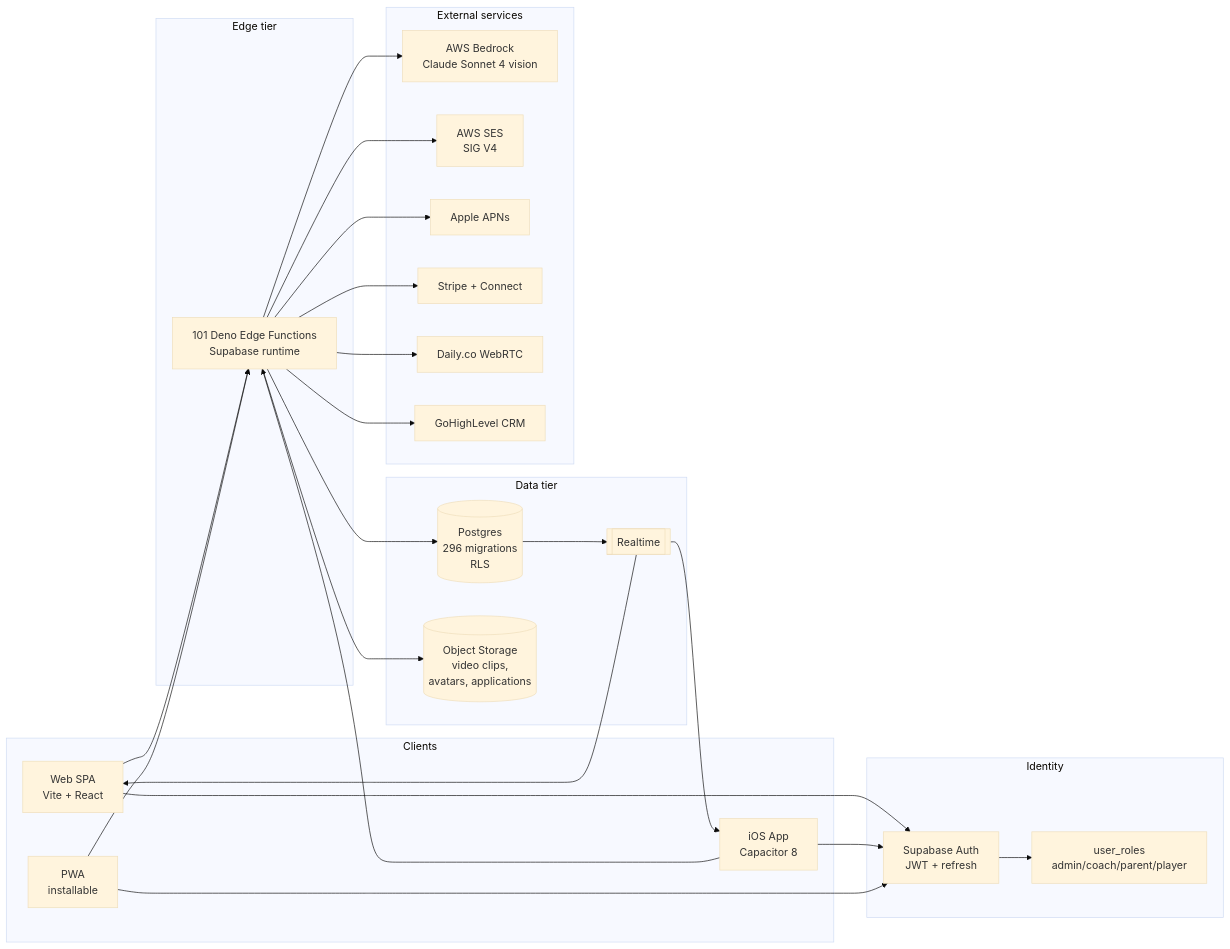
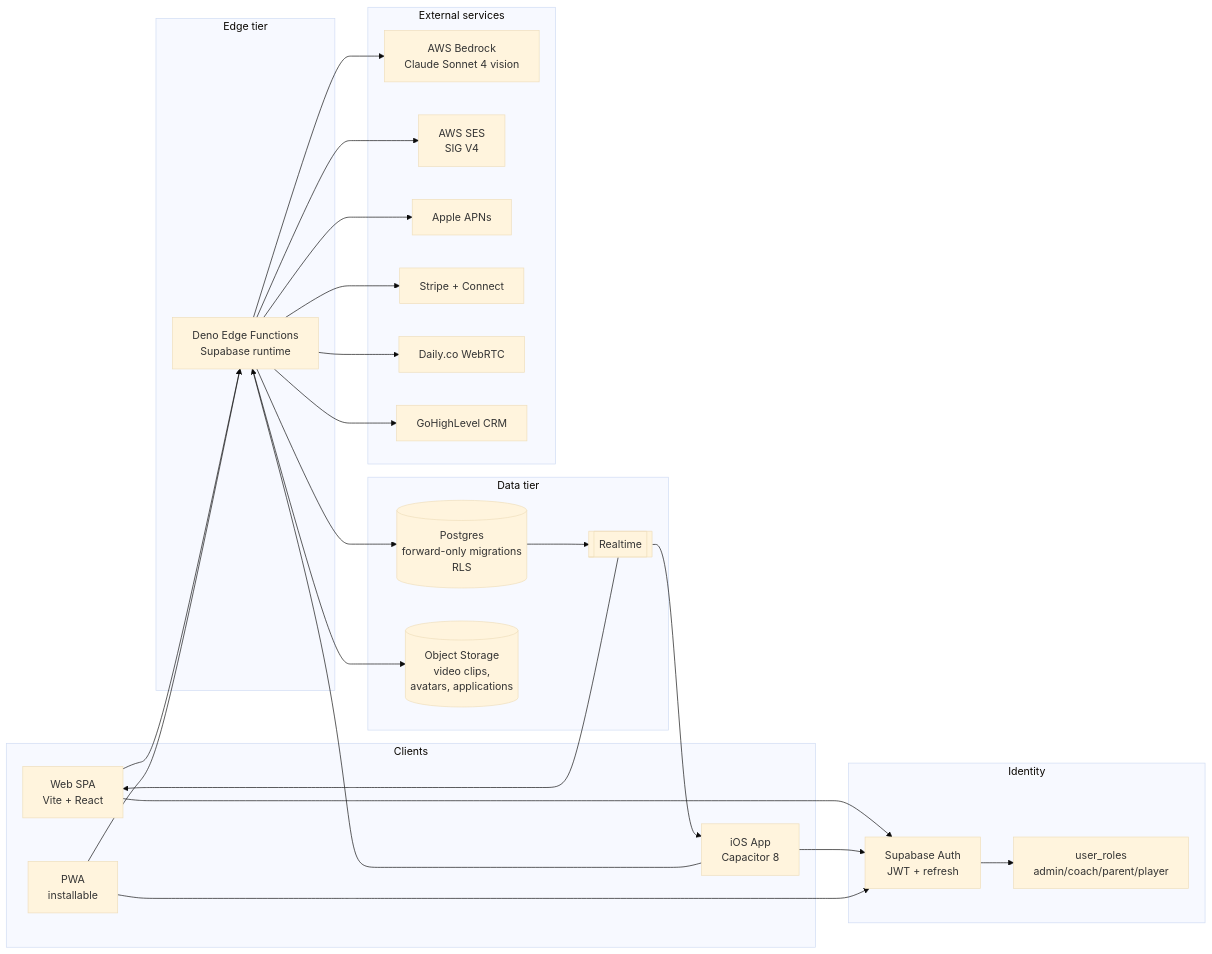
Before and after one commit to jashabalcom/swing-institute-architecture: the first of 7 diagrams in ARCHITECTURE.md, drawn with Mermaid (base theme). The commit also changed other lines of this file and 3 other files, not shown here.

````diff
--- a/ARCHITECTURE.md
+++ b/ARCHITECTURE.md
@@ -71,54 +80,54 @@
 ```mermaid
 flowchart LR
     subgraph clients[Clients]
       web[Web SPA<br/>Vite + React]
       ios[iOS App<br/>Capacitor 8]
       pwa[PWA<br/>installable]
     end
 
     subgraph edge[Edge tier]
-      fns[101 Deno Edge Functions<br/>Supabase runtime]
+      fns[Deno Edge Functions<br/>Supabase runtime]
     end
 
     subgraph data[Data tier]
-      pg[(Postgres<br/>296 migrations<br/>RLS)]
+      pg[(Postgres<br/>forward-only migrations<br/>RLS)]
       stor[(Object Storage<br/>video clips,<br/>avatars, applications)]
       rt[[Realtime]]
     end
 
     subgraph identity[Identity]
       auth[Supabase Auth<br/>JWT + refresh]
       roles[user_roles<br/>admin/coach/parent/player]
     end
 
     subgraph external[External services]
       bedrock[AWS Bedrock<br/>Claude Sonnet 4 vision]
       ses[AWS SES<br/>SIG V4]
       apns[Apple APNs]
       stripe[Stripe + Connect]
       daily[Daily.co WebRTC]
       ghl[GoHighLevel CRM]
     end
 
     web --> auth
     ios --> auth
     pwa --> auth
     auth --> roles
 
     web --> fns
     ios --> fns
     pwa --> fns
 
     fns --> pg
     fns --> stor
     pg --> rt
     rt --> web
     rt --> ios
 
     fns --> bedrock
     fns --> ses
     fns --> apns
     fns --> stripe
     fns --> daily
     fns --> ghl
 ```
````
